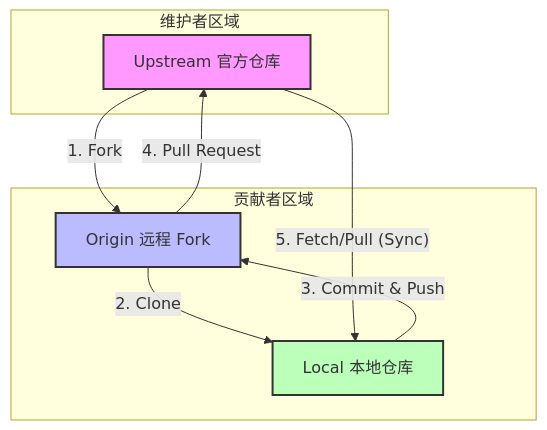
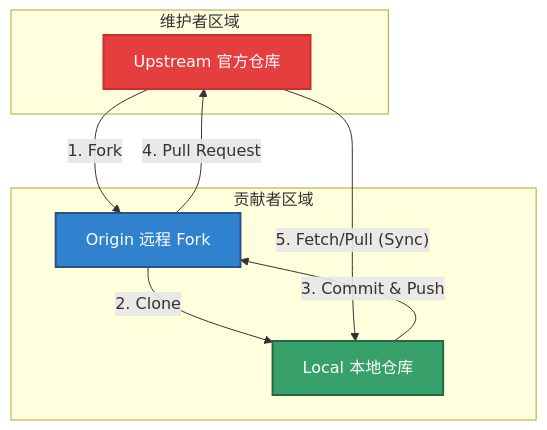
One commit to VrianCao/GitTour changed the diagram in src/content/docs/07-workflows/03-forking.md. Above: the diagram before and after it, drawn with Mermaid. The commit also changed 10 other files, not shown here.

First line of the commit message:
style: optimize Mermaid diagrams for light/dark mode

````diff
--- a/src/content/docs/07-workflows/03-forking.md
+++ b/src/content/docs/07-workflows/03-forking.md
@@ -61,22 +61,27 @@
 ```mermaid
 flowchart TD
     subgraph Maintainer [维护者区域]
         Upstream[Upstream 官方仓库]
     end
 
     subgraph Contributor [贡献者区域]
         Origin[Origin 远程 Fork]
         Local[Local 本地仓库]
     end
 
     %% 流程线
     Upstream --1. Fork--> Origin
     Origin --2. Clone--> Local
     Local --3. Commit & Push--> Origin
     Origin --4. Pull Request--> Upstream
     Upstream --5. Fetch/Pull (Sync)--> Local
-    
-    style Upstream fill:#f9f,stroke:#333,stroke-width:2px
-    style Origin fill:#bbf,stroke:#333,stroke-width:2px
-    style Local fill:#bfb,stroke:#333,stroke-width:2px
+
+    %% 样式定义
+    classDef upstream fill:#e53e3e,stroke:#c53030,color:#fff,stroke-width:2px
+    classDef fork fill:#3182ce,stroke:#2c5282,color:#fff,stroke-width:2px
+    classDef local fill:#38a169,stroke:#276749,color:#fff,stroke-width:2px
+
+    class Upstream upstream
+    class Origin fork
+    class Local local
 ```
````
